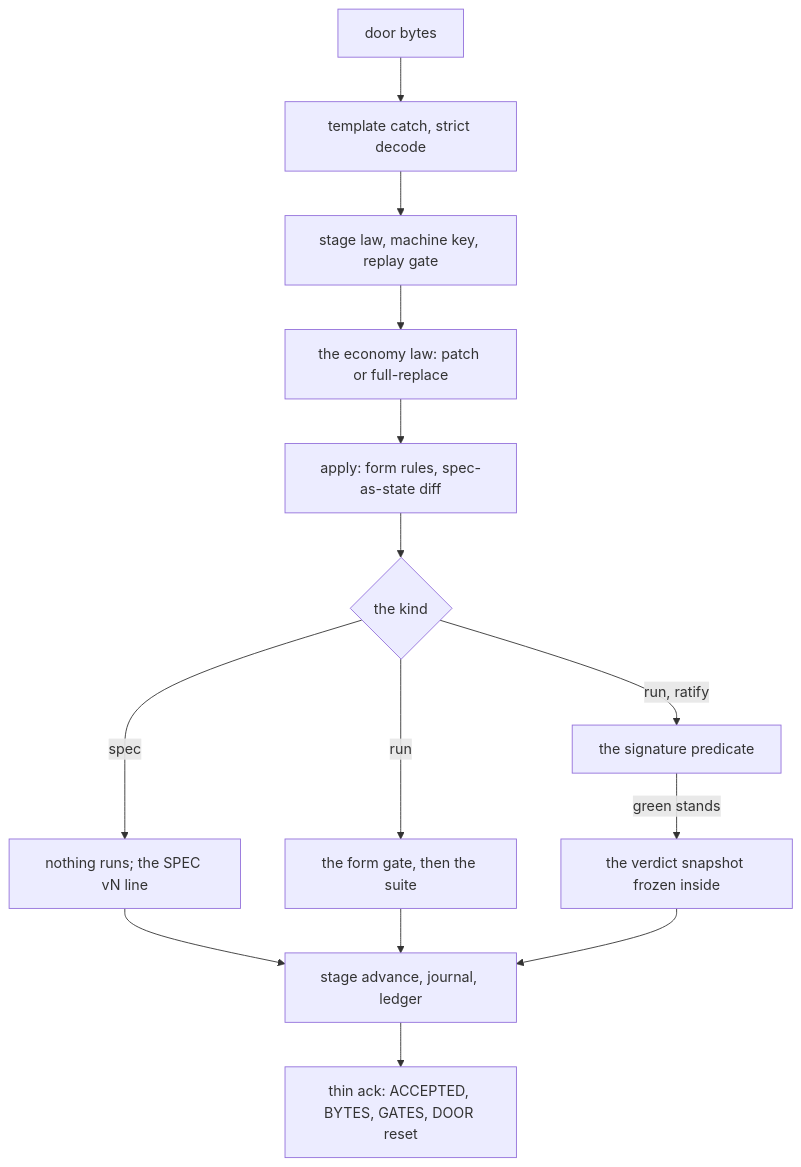
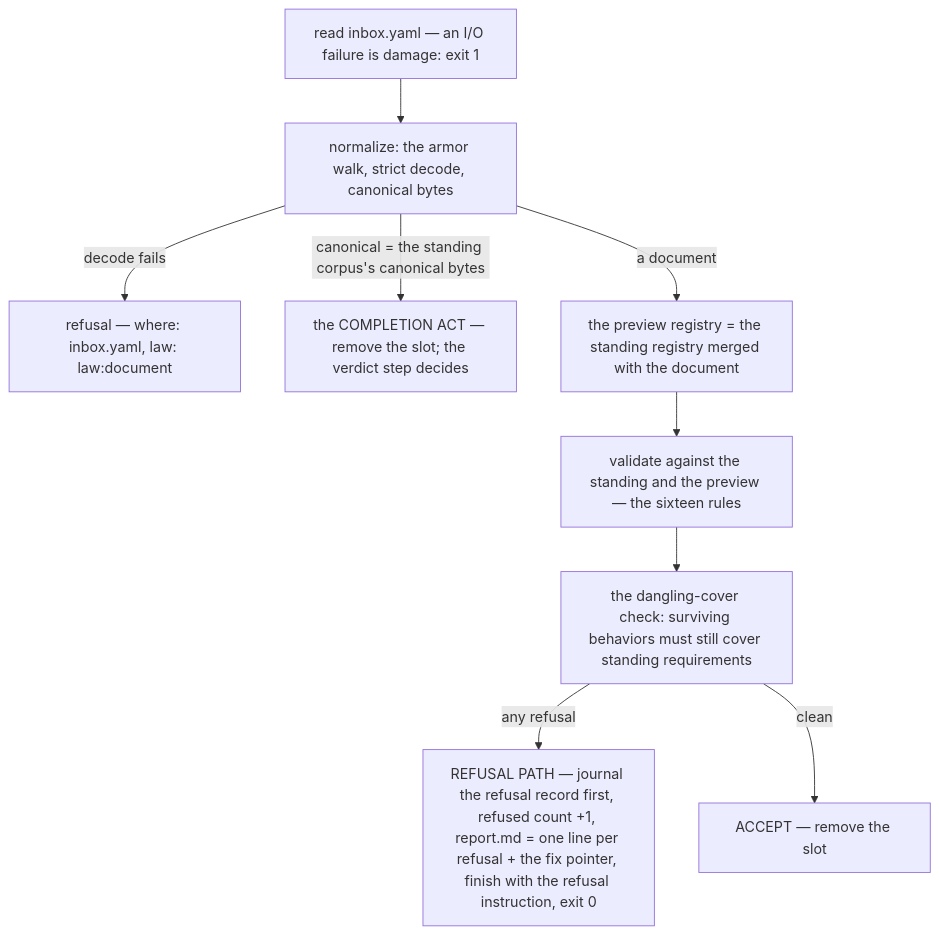
The fourth of 10 diagrams in docs/ARCHITECTURE.md (neurophant/punchtape), drawn with Mermaid before and after one commit. The commit also changed other lines of this file and 822 other files, not shown here.

````diff
--- a/docs/ARCHITECTURE.md
+++ b/docs/ARCHITECTURE.md
@@ -352,16 +245,11 @@
 ```mermaid
 flowchart TD
-    A["door bytes"] --> B["template catch, strict decode"]
-    B --> C["stage law, machine key, replay gate"]
-    C --> D["the economy law: patch or full-replace"]
-    D --> E["apply: form rules, spec-as-state diff"]
-    E --> F{"the kind"}
-    F -->|spec| G["nothing runs; the SPEC vN line"]
-    F -->|run| H["the form gate, then the suite"]
-    F -->|"run, ratify"| I["the signature predicate"]
-    I -->|"green stands"| J["the verdict snapshot frozen inside"]
-    G --> K["stage advance, journal, ledger"]
-    H --> K
-    J --> K
-    K --> L["thin ack: ACCEPTED, BYTES, GATES, DOOR reset"]
+    RD["read inbox.yaml — an I/O failure is damage: exit 1"] --> NM["normalize: the armor walk, strict decode, canonical bytes"]
+    NM -- "decode fails" --> D1["refusal — where: inbox.yaml, law: law:document"]
+    NM -- "canonical = the standing corpus's canonical bytes" --> CA["the COMPLETION ACT — remove the slot; the verdict step decides"]
+    NM -- "a document" --> PV["the preview registry = the standing registry merged with the document"]
+    PV --> VA["validate against the standing and the preview — the sixteen rules"]
+    VA --> DC["the dangling-cover check: surviving behaviors must still cover standing requirements"]
+    DC -- "any refusal" --> RP["REFUSAL PATH — journal the refusal record first, refused count +1, report.md = one line per refusal + the fix pointer, finish with the refusal instruction, exit 0"]
+    DC -- "clean" --> AC["ACCEPT — remove the slot"]
 ```
````
